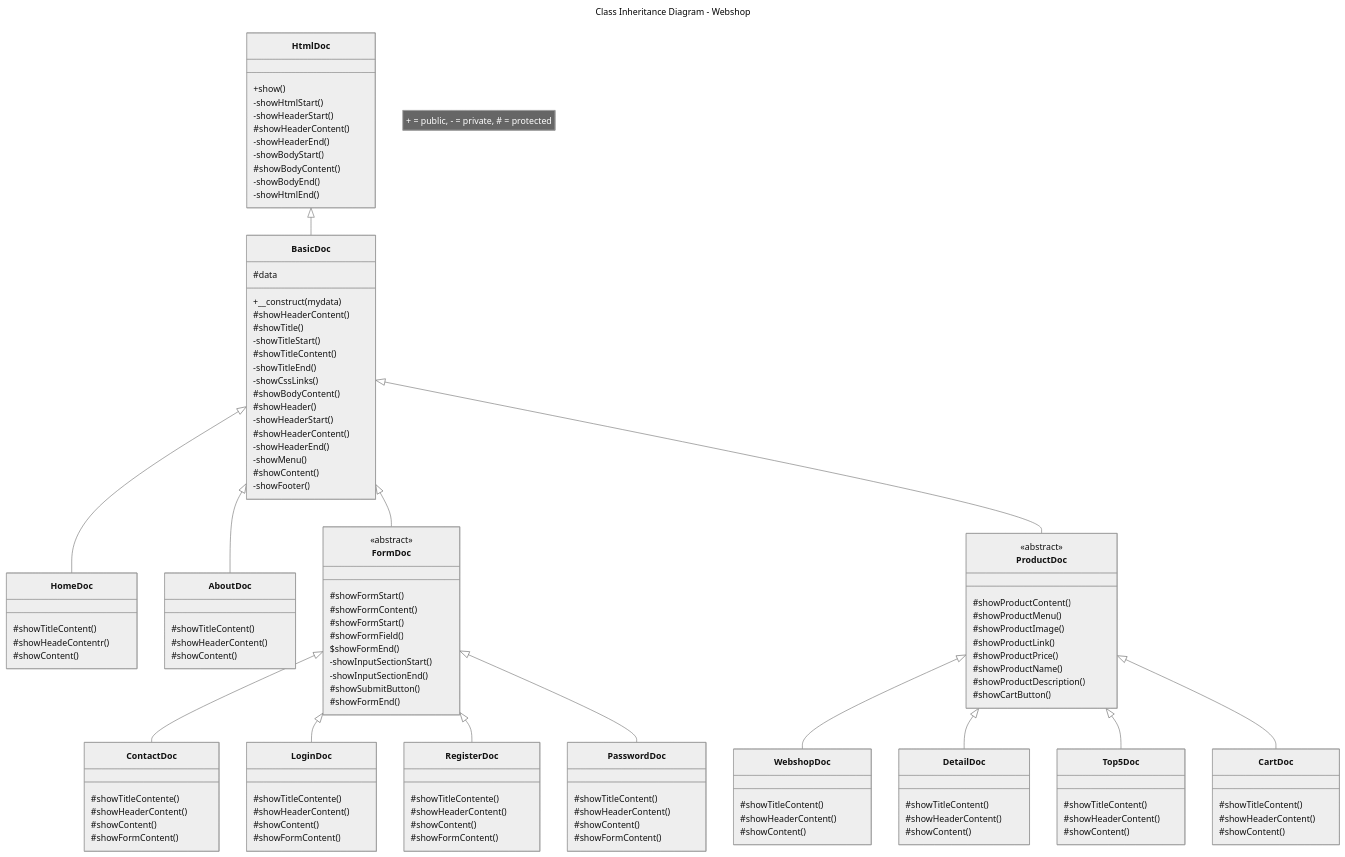
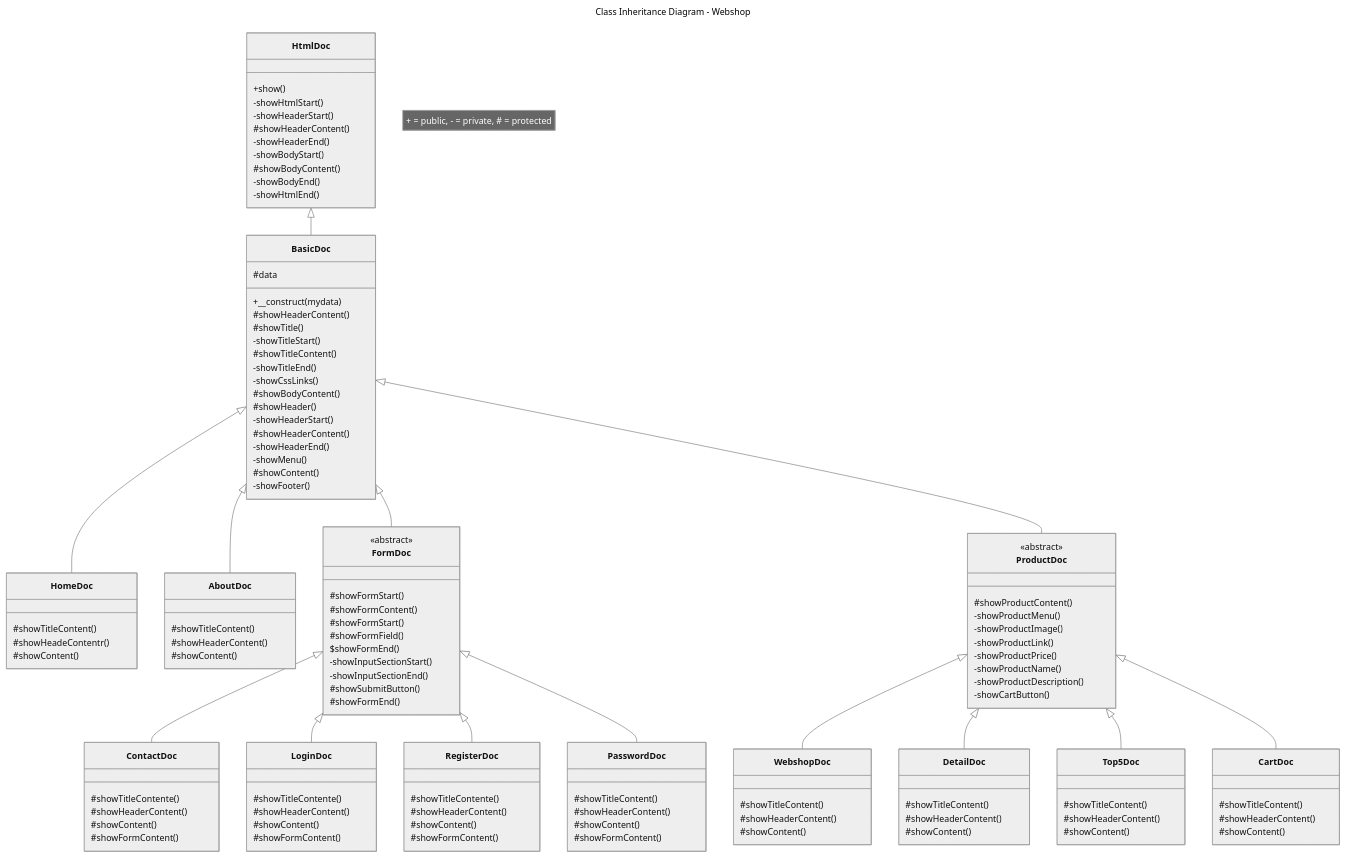
Before and after one commit to JeroenHeemskerk/educom-webshop-oop-1708595373: the diagram in Diagrams/class-inheritance-diagram-webshop.md, drawn with Mermaid (neutral theme).

```diff
--- a/Diagrams/class-inheritance-diagram-webshop.md
+++ b/Diagrams/class-inheritance-diagram-webshop.md
@@ -102,13 +102,13 @@
     class ProductDoc{
         <<abstract>>
         #showProductContent()
-        #showProductMenu()
-        #showProductImage()
-        #showProductLink()
-        #showProductPrice()
-        #showProductName()
-        #showProductDescription()
-        #showCartButton()
+        -showProductMenu()
+        -showProductImage()
+        -showProductLink()
+        -showProductPrice()
+        -showProductName()
+        -showProductDescription()
+        -showCartButton()
     }
 
     class WebshopDoc{
```
